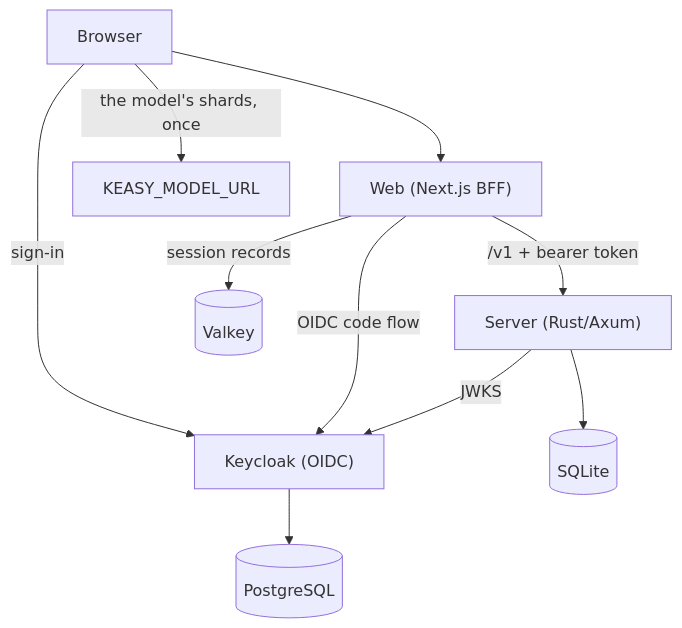
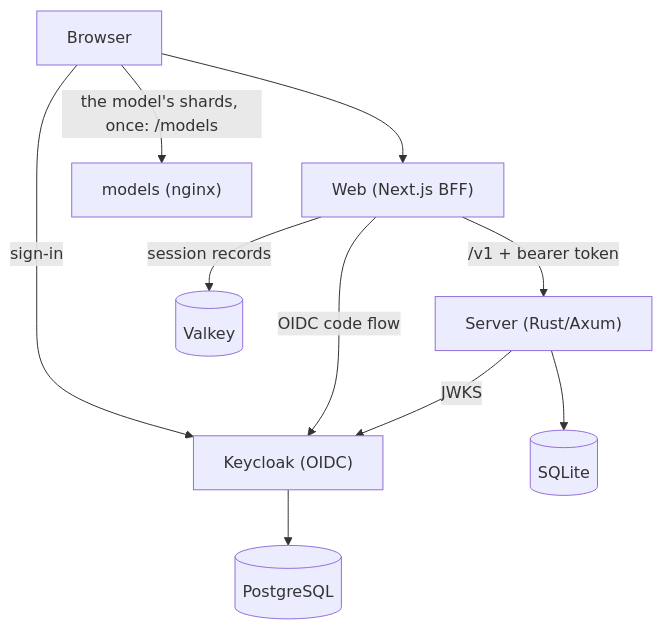
Before and after one commit to Kanzo-Tech/keasy: the diagram in README.md, drawn with Mermaid. The commit also changed other lines of this file and 10 other files, not shown here.

First line of the commit message:
infra: the model's shards from keasy's own origin — make models, and /models

````diff
--- a/README.md
+++ b/README.md
@@ -158,12 +159,12 @@
 ```mermaid
 graph TD
     Browser --> Web["Web (Next.js BFF)"]
     Browser -->|"sign-in"| Keycloak["Keycloak (OIDC)"]
     Web -->|"/v1 + bearer token"| Server["Server (Rust/Axum)"]
     Web -->|"OIDC code flow"| Keycloak
     Web -->|"session records"| Valkey[("Valkey")]
     Server -->|"JWKS"| Keycloak
     Server --> SQLite[("SQLite")]
-    Browser -->|"the model's shards, once"| Models["KEASY_MODEL_URL"]
+    Browser -->|"the model's shards, once: /models"| Models["models (nginx)"]
     Keycloak --> PostgreSQL[("PostgreSQL")]
 ```
````
